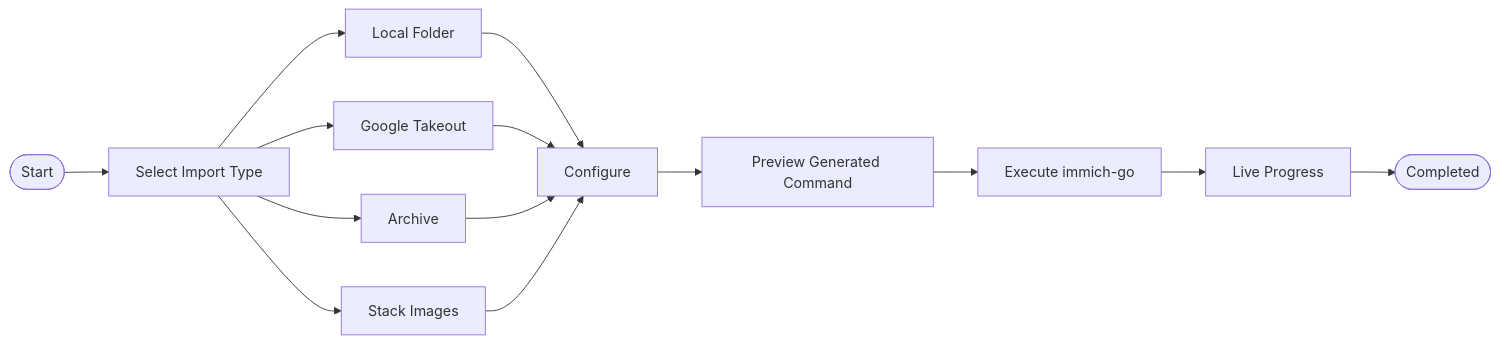
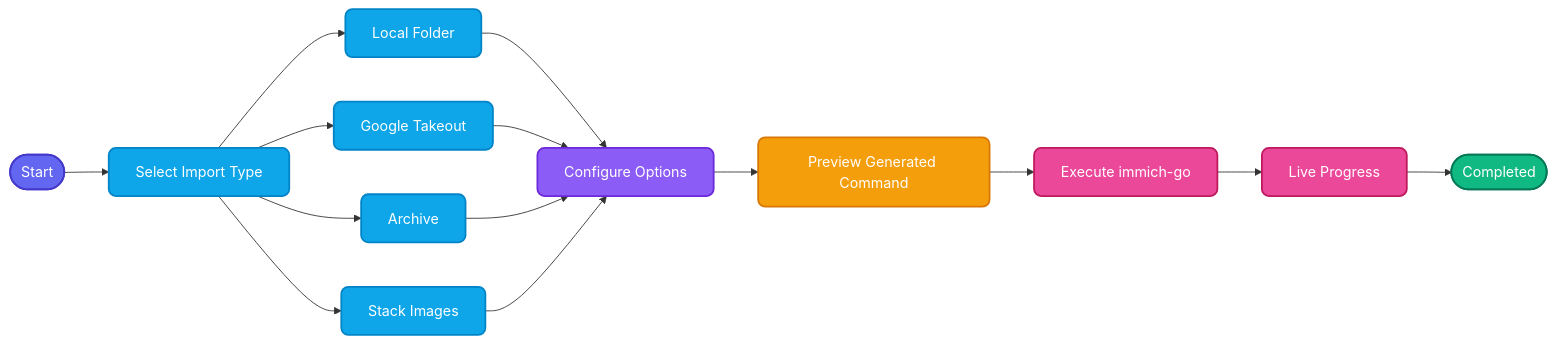
Before and after one commit to shitan198u/immich-go-gui: the diagram in docs/user-guide/choose-your-workflow.md, drawn with Mermaid. The commit also changed 4 other files, not shown here.

Commit message:
docs: add colorful Mermaid styling and reposition architecture diagram below intro

````diff
--- a/docs/user-guide/choose-your-workflow.md
+++ b/docs/user-guide/choose-your-workflow.md
@@ -7,27 +7,35 @@
 ```mermaid
 flowchart LR
+    classDef startNode fill:#6366f1,stroke:#4338ca,color:#ffffff,stroke-width:2px,rx:10px;
+    classDef typeNode fill:#0ea5e9,stroke:#0284c7,color:#ffffff,stroke-width:2px,rx:8px;
+    classDef configNode fill:#8b5cf6,stroke:#6d28d9,color:#ffffff,stroke-width:2px,rx:8px;
+    classDef previewNode fill:#f59e0b,stroke:#d97706,color:#ffffff,stroke-width:2px,rx:8px;
+    classDef runNode fill:#ec4899,stroke:#be185d,color:#ffffff,stroke-width:2px,rx:8px;
+    classDef endNode fill:#10b981,stroke:#047857,color:#ffffff,stroke-width:2px,rx:10px;
 
-    Start([Start])
+    Start([Start]):::startNode
+    Select[Select Import Type]:::typeNode
+    Folder[Local Folder]:::typeNode
+    Takeout[Google Takeout]:::typeNode
+    Archive[Archive]:::typeNode
+    Stack[Stack Images]:::typeNode
+    Configure[Configure Options]:::configNode
+    Preview[Preview Generated Command]:::previewNode
+    Run[Execute immich-go]:::runNode
+    Progress[Live Progress]:::runNode
+    Finished([Completed]):::endNode
 
-    Start --> Select[Select Import Type]
-
-    Select --> Folder[Local Folder]
-    Select --> Takeout[Google Takeout]
-    Select --> Archive[Archive]
-    Select --> Stack[Stack Images]
-
+    Start --> Select
+    Select --> Folder
+    Select --> Takeout
+    Select --> Archive
+    Select --> Stack
     Folder --> Configure
     Takeout --> Configure
     Archive --> Configure
     Stack --> Configure
-
     Configure --> Preview
-
-    Preview[Preview Generated Command]
-
-    Preview --> Run[Execute immich-go]
-
-    Run --> Progress[Live Progress]
-
-    Progress --> Finished([Completed])
+    Preview --> Run
+    Run --> Progress
+    Progress --> Finished
 ```
````
